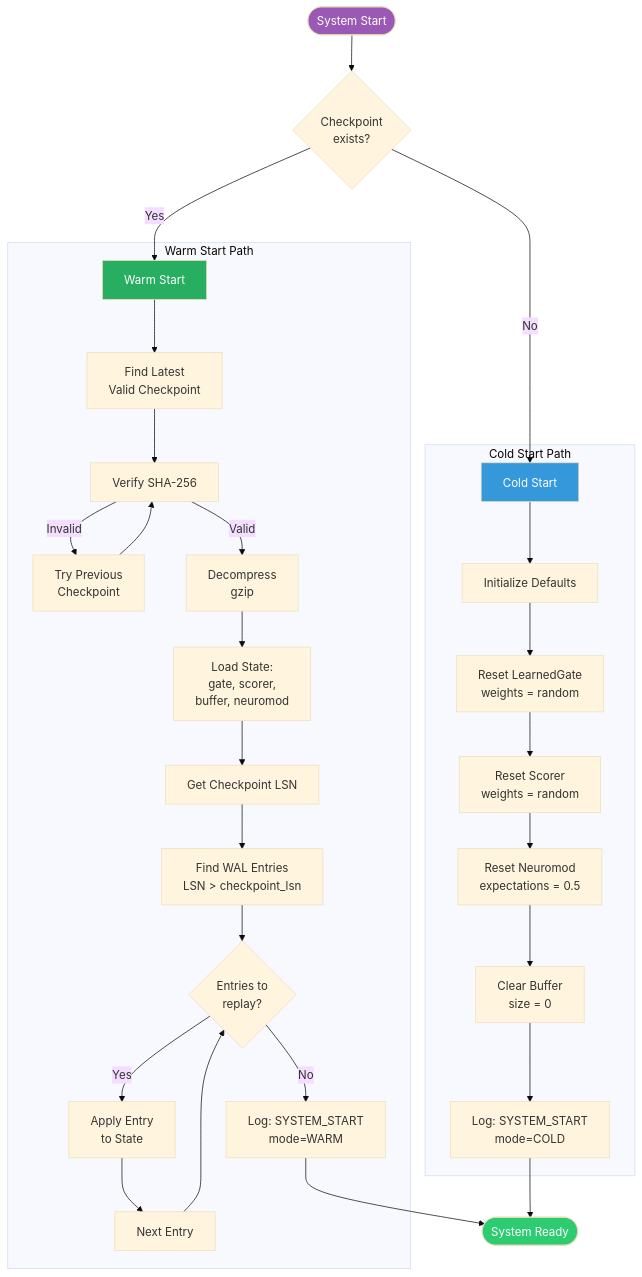
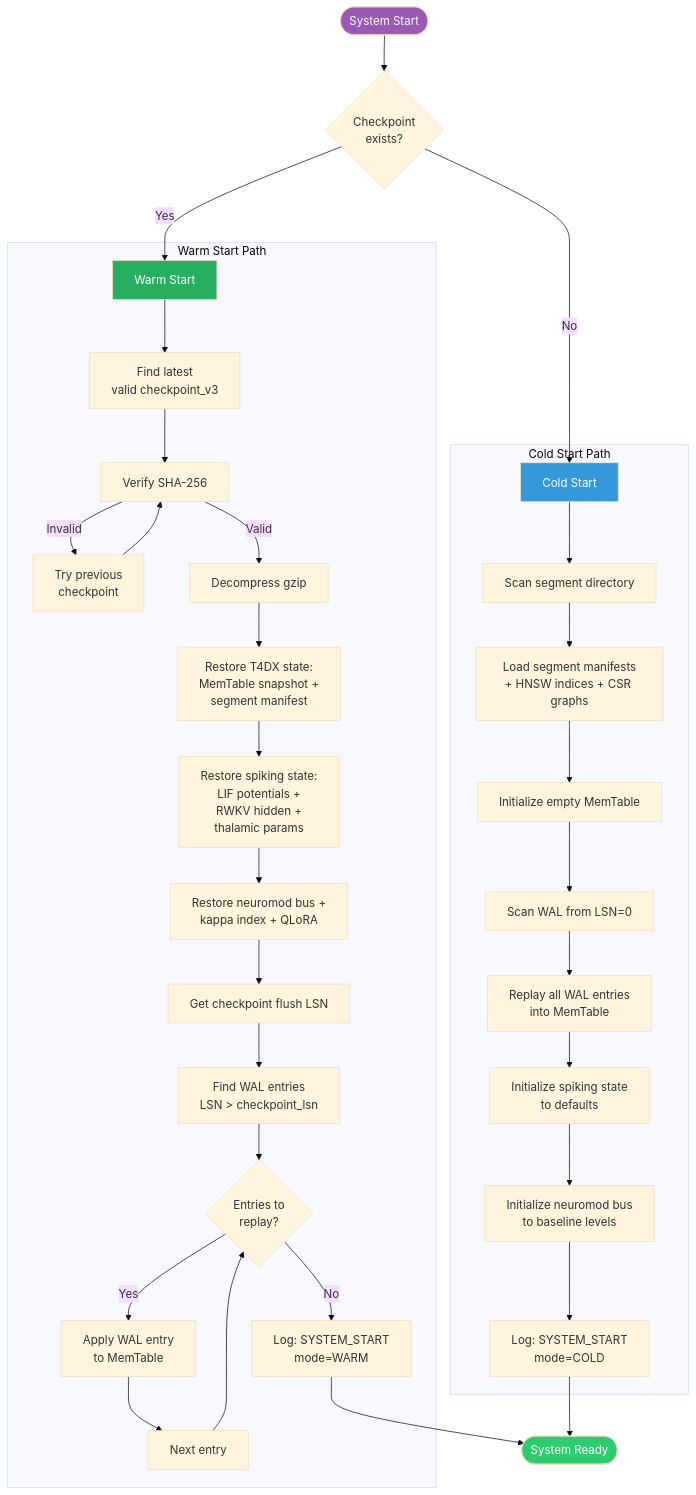
One commit to astoreyai/t4d changed the diagram in docs/diagrams/recovery_flow.mmd. Above: the diagram before and after it, drawn with Mermaid. The commit also changed 31 other files, not shown here.

```diff
--- a/docs/diagrams/recovery_flow.mmd
+++ b/docs/diagrams/recovery_flow.mmd
@@ -1,40 +1,44 @@
 %%{init: {'theme': 'base'}}%%
 
 flowchart TB
     START([System Start]) --> CHECK{Checkpoint<br/>exists?}
 
     CHECK -->|No| COLD[Cold Start]
     CHECK -->|Yes| WARM[Warm Start]
 
     subgraph ColdStart["Cold Start Path"]
-        COLD --> INIT_DEF[Initialize Defaults]
-        INIT_DEF --> INIT_GATE[Reset LearnedGate<br/>weights = random]
-        INIT_GATE --> INIT_SCORER[Reset Scorer<br/>weights = random]
-        INIT_SCORER --> INIT_NEURO[Reset Neuromod<br/>expectations = 0.5]
-        INIT_NEURO --> INIT_BUF[Clear Buffer<br/>size = 0]
-        INIT_BUF --> LOG_COLD[Log: SYSTEM_START<br/>mode=COLD]
+        COLD --> SCAN_SEG[Scan segment directory]
+        SCAN_SEG --> LOAD_SEG[Load segment manifests<br/>+ HNSW indices + CSR graphs]
+        LOAD_SEG --> INIT_MT[Initialize empty MemTable]
+        INIT_MT --> SCAN_WAL[Scan WAL from LSN=0]
+        SCAN_WAL --> REPLAY_ALL[Replay all WAL entries<br/>into MemTable]
+        REPLAY_ALL --> INIT_SPIKE[Initialize spiking state<br/>to defaults]
+        INIT_SPIKE --> INIT_NEURO[Initialize neuromod bus<br/>to baseline levels]
+        INIT_NEURO --> LOG_COLD[Log: SYSTEM_START<br/>mode=COLD]
     end
 
     subgraph WarmStart["Warm Start Path"]
-        WARM --> FIND_CP[Find Latest<br/>Valid Checkpoint]
+        WARM --> FIND_CP[Find latest<br/>valid checkpoint_v3]
         FIND_CP --> VERIFY[Verify SHA-256]
-        VERIFY -->|Invalid| FIND_PREV[Try Previous<br/>Checkpoint]
+        VERIFY -->|Invalid| FIND_PREV[Try previous<br/>checkpoint]
         FIND_PREV --> VERIFY
-        VERIFY -->|Valid| DECOMP[Decompress<br/>gzip]
-        DECOMP --> LOAD[Load State:<br/>gate, scorer,<br/>buffer, neuromod]
-        LOAD --> GET_LSN[Get Checkpoint LSN]
-        GET_LSN --> FIND_WAL[Find WAL Entries<br/>LSN > checkpoint_lsn]
+        VERIFY -->|Valid| DECOMP[Decompress gzip]
+        DECOMP --> LOAD_T4DX[Restore T4DX state:<br/>MemTable snapshot +<br/>segment manifest]
+        LOAD_T4DX --> LOAD_SPIKE[Restore spiking state:<br/>LIF potentials +<br/>RWKV hidden +<br/>thalamic params]
+        LOAD_SPIKE --> LOAD_NEURO[Restore neuromod bus +<br/>kappa index + QLoRA]
+        LOAD_NEURO --> GET_LSN[Get checkpoint flush LSN]
+        GET_LSN --> FIND_WAL[Find WAL entries<br/>LSN > checkpoint_lsn]
         FIND_WAL --> REPLAY{Entries to<br/>replay?}
-        REPLAY -->|Yes| APPLY[Apply Entry<br/>to State]
-        APPLY --> NEXT[Next Entry]
+        REPLAY -->|Yes| APPLY[Apply WAL entry<br/>to MemTable]
+        APPLY --> NEXT[Next entry]
         NEXT --> REPLAY
         REPLAY -->|No| LOG_WARM[Log: SYSTEM_START<br/>mode=WARM]
     end
 
     LOG_COLD --> READY([System Ready])
     LOG_WARM --> READY
 
     style COLD fill:#3498db,color:#fff
     style WARM fill:#27ae60,color:#fff
     style READY fill:#2ecc71,color:#fff
     style START fill:#9b59b6,color:#fff
```
